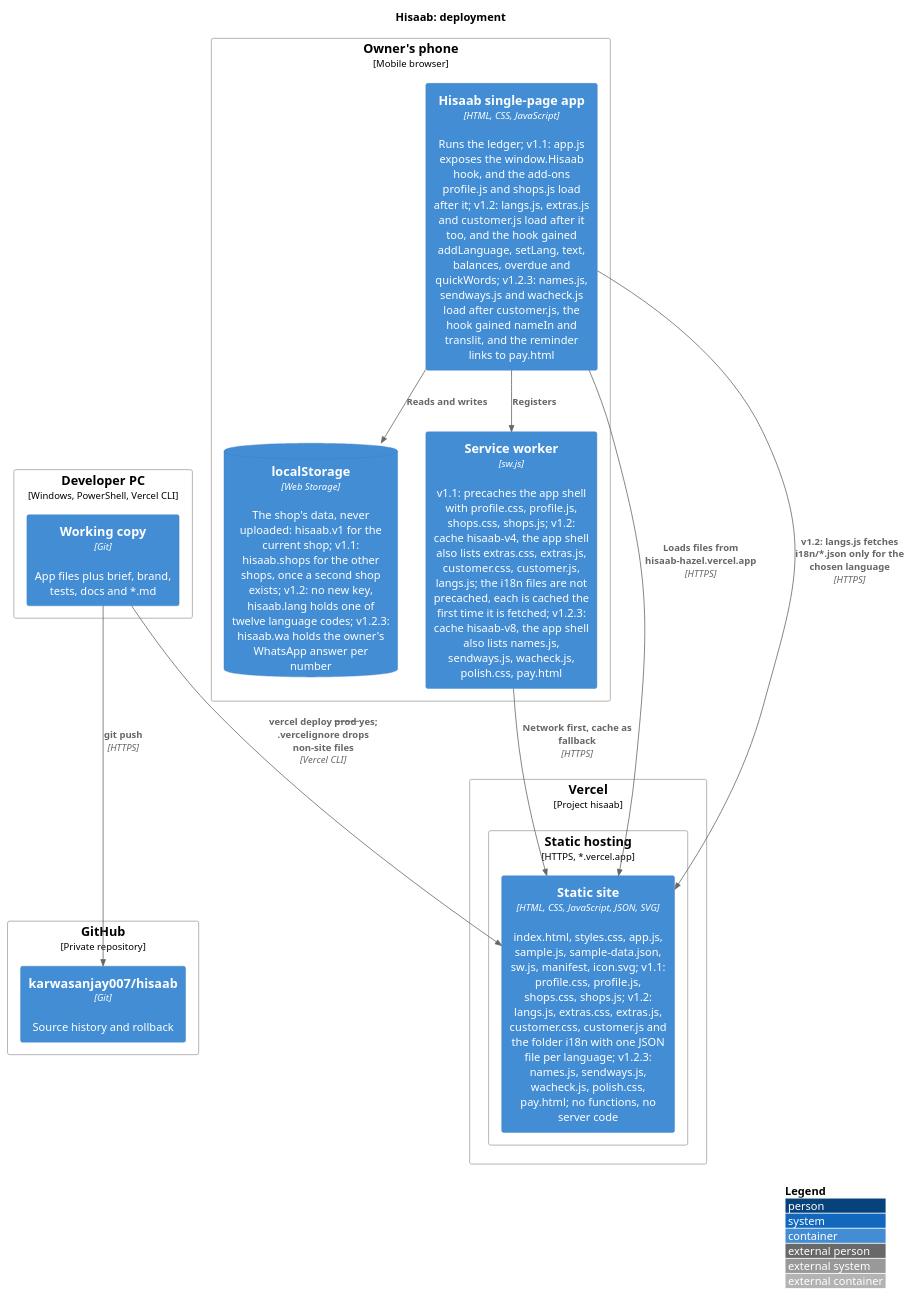
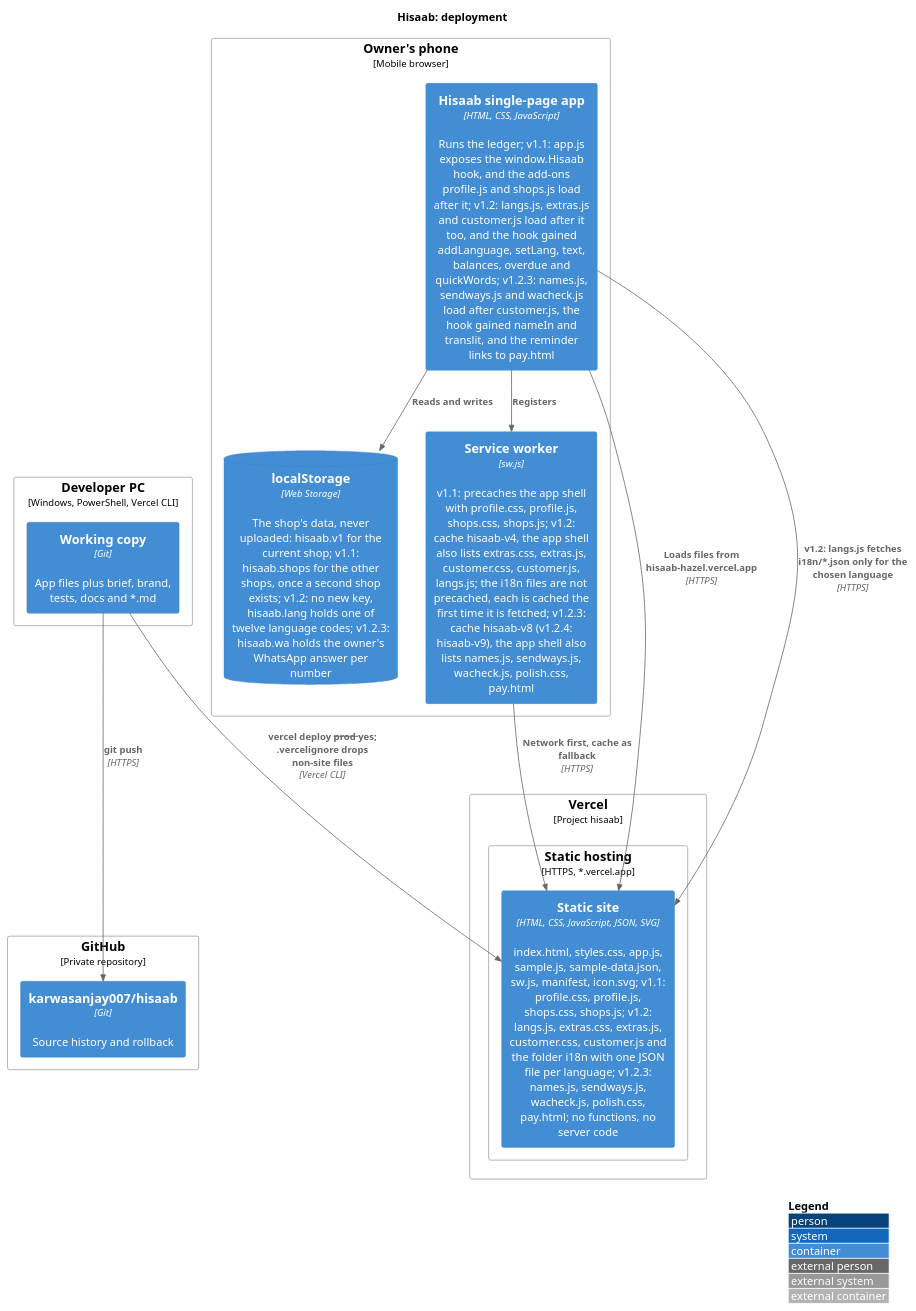
The diagram in docs/diagrams/deployment.puml (karwasanjay007/hisaab-docs), drawn with PlantUML before and after one commit. The commit also changed 26 other files, not shown here.

```diff
--- a/docs/diagrams/deployment.puml
+++ b/docs/diagrams/deployment.puml
@@ -1,31 +1,31 @@
 @startuml deployment
 !include <C4/C4_Deployment>
 title Hisaab: deployment
 
 Deployment_Node(dev, "Developer PC", "Windows, PowerShell, Vercel CLI") {
   Container(src, "Working copy", "Git", "App files plus brief, brand, tests, docs and *.md")
 }
 Deployment_Node(gh, "GitHub", "Private repository") {
   Container(repo, "karwasanjay007/hisaab", "Git", "Source history and rollback")
 }
 Deployment_Node(vc, "Vercel", "Project hisaab") {
   Deployment_Node(edge, "Static hosting", "HTTPS, *.vercel.app") {
     Container(site, "Static site", "HTML, CSS, JavaScript, JSON, SVG", "index.html, styles.css, app.js, sample.js, sample-data.json, sw.js, manifest, icon.svg; v1.1: profile.css, profile.js, shops.css, shops.js; v1.2: langs.js, extras.css, extras.js, customer.css, customer.js and the folder i18n with one JSON file per language; v1.2.3: names.js, sendways.js, wacheck.js, polish.css, pay.html; no functions, no server code")
   }
 }
 Deployment_Node(phone, "Owner's phone", "Mobile browser") {
   Container(app, "Hisaab single-page app", "HTML, CSS, JavaScript", "Runs the ledger; v1.1: app.js exposes the window.Hisaab hook, and the add-ons profile.js and shops.js load after it; v1.2: langs.js, extras.js and customer.js load after it too, and the hook gained addLanguage, setLang, text, balances, overdue and quickWords; v1.2.3: names.js, sendways.js and wacheck.js load after customer.js, the hook gained nameIn and translit, and the reminder links to pay.html")
   ContainerDb(store, "localStorage", "Web Storage", "The shop's data, never uploaded: hisaab.v1 for the current shop; v1.1: hisaab.shops for the other shops, once a second shop exists; v1.2: no new key, hisaab.lang holds one of twelve language codes; v1.2.3: hisaab.wa holds the owner's WhatsApp answer per number")
-  Container(swk, "Service worker", "sw.js", "v1.1: precaches the app shell with profile.css, profile.js, shops.css, shops.js; v1.2: cache hisaab-v4, the app shell also lists extras.css, extras.js, customer.css, customer.js, langs.js; the i18n files are not precached, each is cached the first time it is fetched; v1.2.3: cache hisaab-v8, the app shell also lists names.js, sendways.js, wacheck.js, polish.css, pay.html")
+  Container(swk, "Service worker", "sw.js", "v1.1: precaches the app shell with profile.css, profile.js, shops.css, shops.js; v1.2: cache hisaab-v4, the app shell also lists extras.css, extras.js, customer.css, customer.js, langs.js; the i18n files are not precached, each is cached the first time it is fetched; v1.2.3: cache hisaab-v8 (v1.2.4: hisaab-v9), the app shell also lists names.js, sendways.js, wacheck.js, polish.css, pay.html")
 }
 
 Rel(src, repo, "git push", "HTTPS")
 Rel(src, site, "vercel deploy --prod --yes; .vercelignore drops non-site files", "Vercel CLI")
 Rel(app, site, "Loads files from hisaab-hazel.vercel.app", "HTTPS")
 Rel(app, site, "v1.2: langs.js fetches i18n/*.json only for the chosen language", "HTTPS")
 Rel(app, store, "Reads and writes")
 Rel(app, swk, "Registers")
 Rel(swk, site, "Network first, cache as fallback", "HTTPS")
 
 LAYOUT_WITH_LEGEND()
 @enduml
```
